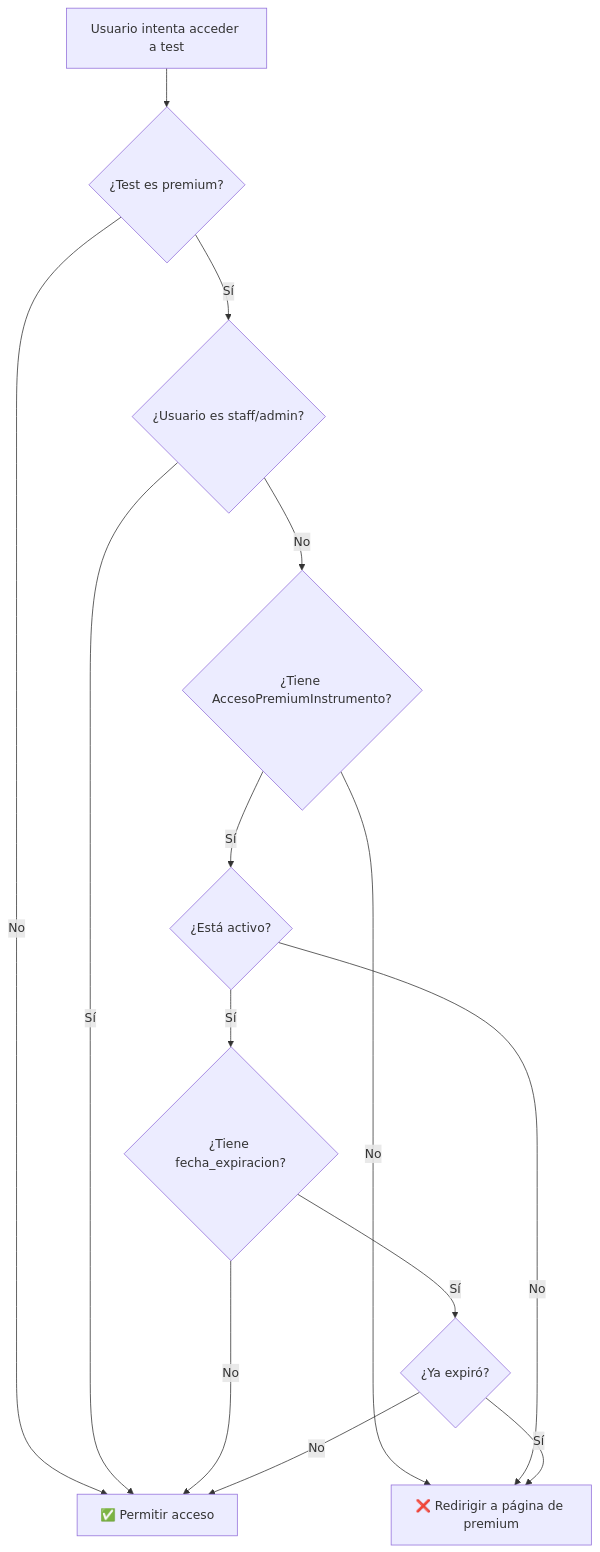
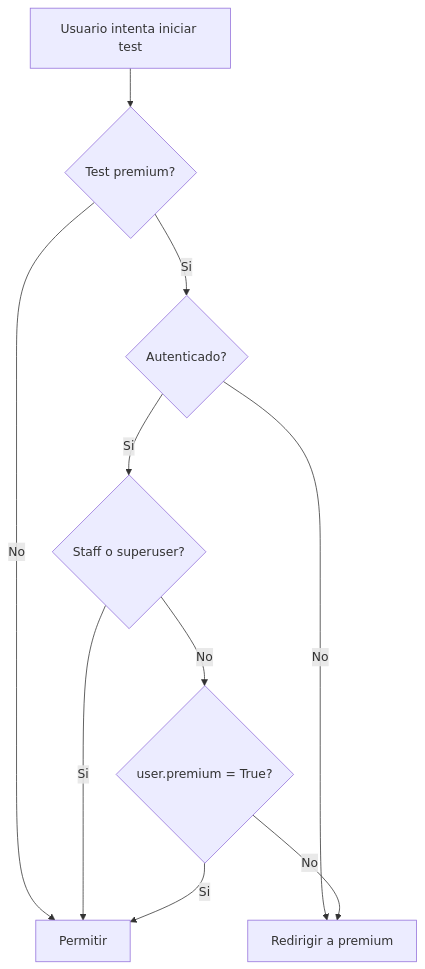
The diagram in README_PREMIUM.md (juanbacan/django_instrumentos_app), drawn with Mermaid before and after one commit. The commit also changed other lines of this file and 7 other files, not shown here.

Commit message:
refactor: simplify premium access control by removing AccesoPremiumInstrumento model and updating user.premium logic

````diff
--- a/README_PREMIUM.md
+++ b/README_PREMIUM.md
@@ -89,16 +51,12 @@
 ```mermaid
 graph TD
-    A[Usuario intenta acceder a test] --> B{¿Test es premium?}
-    B -->|No| C[✅ Permitir acceso]
-    B -->|Sí| D{¿Usuario es staff/admin?}
-    D -->|Sí| C
-    D -->|No| E{¿Tiene AccesoPremiumInstrumento?}
-    E -->|No| F[❌ Redirigir a página de premium]
-    E -->|Sí| G{¿Está activo?}
-    G -->|No| F
-    G -->|Sí| H{¿Tiene fecha_expiracion?}
-    H -->|No| C
-    H -->|Sí| I{¿Ya expiró?}
-    I -->|Sí| F
-    I -->|No| C
+    A[Usuario intenta iniciar test] --> B{Test premium?}
+    B -->|No| C[Permitir]
+    B -->|Si| D{Autenticado?}
+    D -->|No| E[Redirigir a premium]
+    D -->|Si| F{Staff o superuser?}
+    F -->|Si| C
+    F -->|No| G{user.premium = True?}
+    G -->|Si| C
+    G -->|No| E
 ```
````
